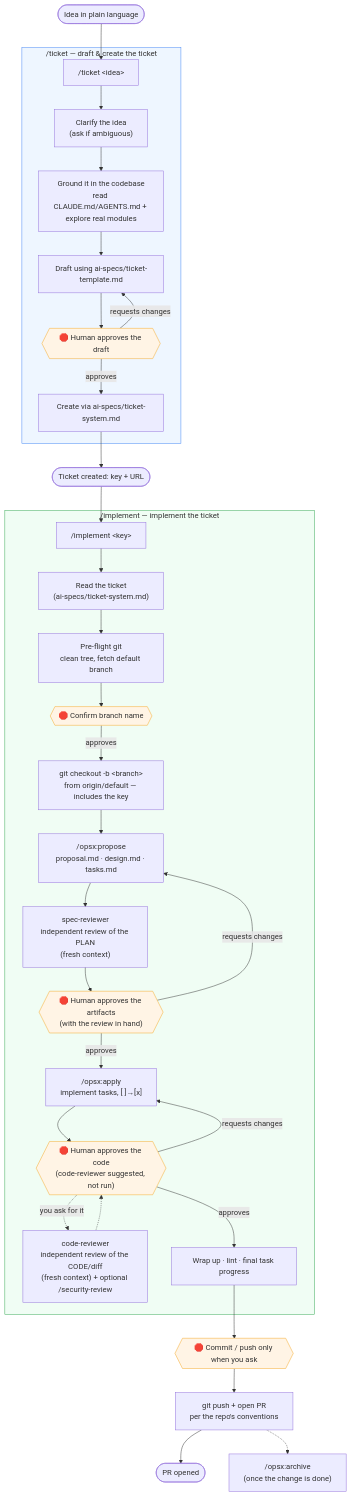
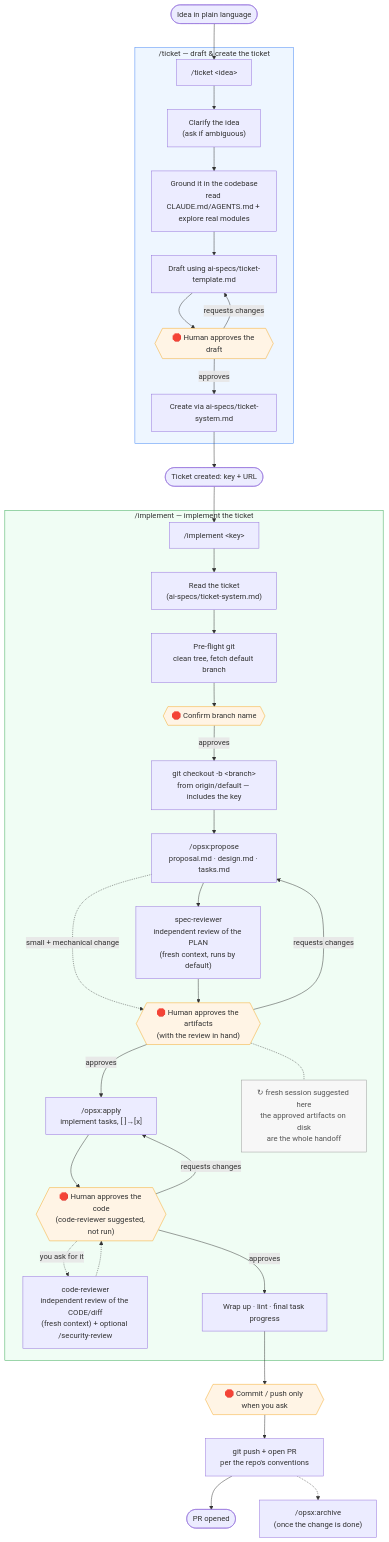
Before and after one commit to moovaio/sdd-toolkit: the diagram in README.md, drawn with Mermaid. The commit also changed other lines of this file and 8 other files, not shown here.

````diff
--- a/README.md
+++ b/README.md
@@ -35,46 +35,49 @@
 ```mermaid
 flowchart TD
     A([Idea in plain language]) --> T1["/ticket &lt;idea&gt;"]
 
     subgraph TICKET["/ticket — draft &amp; create the ticket"]
         T1 --> T2["Clarify the idea<br/>(ask if ambiguous)"]
         T2 --> T3["Ground it in the codebase<br/>read CLAUDE.md/AGENTS.md + explore real modules"]
         T3 --> T4["Draft using ai-specs/ticket-template.md"]
         T4 --> T5{{"🛑 Human approves the draft"}}
         T5 -->|requests changes| T4
         T5 -->|approves| T6["Create via ai-specs/ticket-system.md"]
     end
 
     T6 --> K([Ticket created: key + URL])
     K --> I1["/implement &lt;key&gt;"]
 
     subgraph IMPL["/implement — implement the ticket"]
         I1 --> I2["Read the ticket<br/>(ai-specs/ticket-system.md)"]
         I2 --> I3["Pre-flight git<br/>clean tree, fetch default branch"]
         I3 --> I4{{"🛑 Confirm branch name"}}
         I4 -->|approves| I5["git checkout -b &lt;branch&gt;<br/>from origin/default — includes the key"]
         I5 --> I6["/opsx:propose<br/>proposal.md · design.md · tasks.md"]
-        I6 --> I7["spec-reviewer<br/>independent review of the PLAN<br/>(fresh context)"]
+        I6 --> I7["spec-reviewer<br/>independent review of the PLAN<br/>(fresh context, runs by default)"]
+        I6 -.->|"small + mechanical change"| I8
         I7 --> I8{{"🛑 Human approves the artifacts<br/>(with the review in hand)"}}
         I8 -->|requests changes| I6
         I8 -->|approves| I9["/opsx:apply<br/>implement tasks, [ ]→[x]"]
+        I8 -.- S1["↻ fresh session suggested here<br/>the approved artifacts on disk<br/>are the whole handoff"]
         I9 --> I10{{"🛑 Human approves the code<br/>(code-reviewer suggested, not run)"}}
         I10 -.->|"you ask for it"| I10b["code-reviewer<br/>independent review of the CODE/diff<br/>(fresh context) + optional /security-review"]
         I10b -.-> I10
         I10 -->|requests changes| I9
         I10 -->|approves| I12["Wrap up · lint · final task progress"]
     end
 
     I12 --> P1{{"🛑 Commit / push only when you ask"}}
     P1 --> P2["git push + open PR<br/>per the repo's conventions"]
     P2 --> PR([PR opened])
     P2 -.-> AR["/opsx:archive<br/>(once the change is done)"]
 
     style TICKET fill:#eef6ff,stroke:#4285f4
     style IMPL fill:#f0fdf4,stroke:#34a853
     style T5 fill:#fff4e5,stroke:#f5a623
     style I4 fill:#fff4e5,stroke:#f5a623
     style I8 fill:#fff4e5,stroke:#f5a623
     style I10 fill:#fff4e5,stroke:#f5a623
     style P1 fill:#fff4e5,stroke:#f5a623
+    style S1 fill:#f7f7f7,stroke:#999,color:#555
 ```
````
